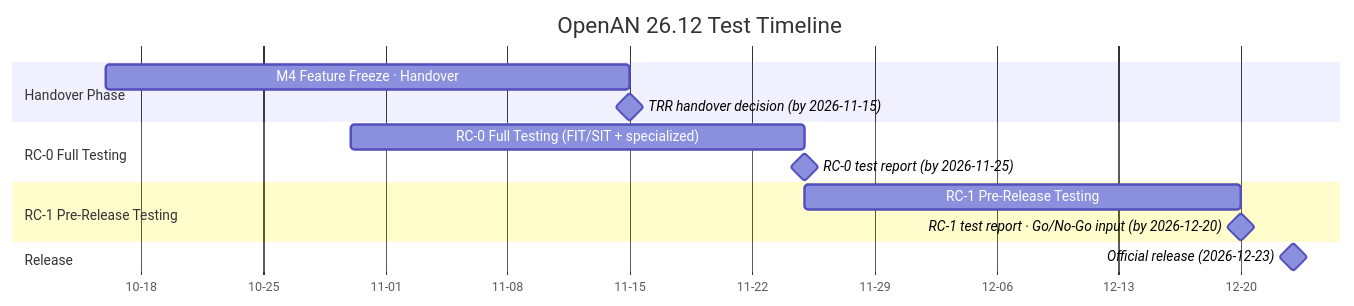
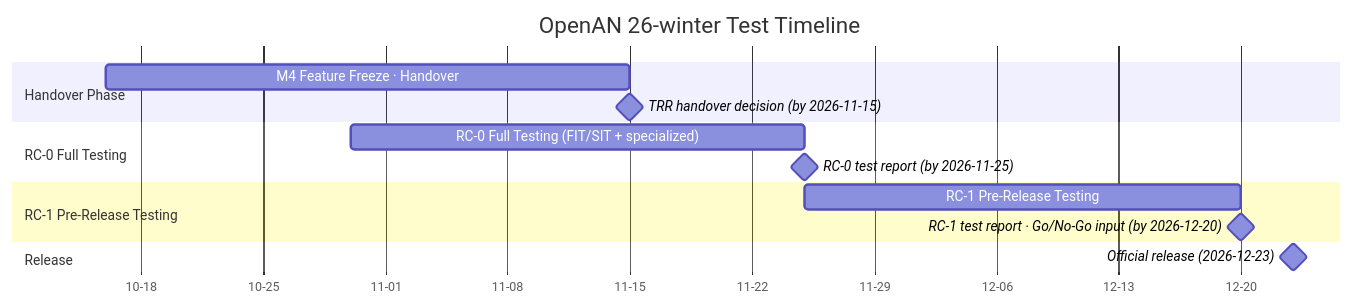
Before and after one commit to XunliYang/e2e-test: the second of 2 diagrams in docs/openan-integration-testing-wg-homepage.md, drawn with Mermaid. The commit also changed other lines of this file and 1 other file, not shown here.

Commit message:
docs: modify 26.12 release to 26-winter release version

````diff
--- a/docs/openan-integration-testing-wg-homepage.md
+++ b/docs/openan-integration-testing-wg-homepage.md
@@ -113,22 +113,22 @@
 ```mermaid
 gantt
-    title OpenAN 26.12 Test Timeline
+    title OpenAN 26-winter Test Timeline
     dateFormat YYYY-MM-DD
     axisFormat %m-%d
     todayMarker off
 
     section Handover Phase
     M4 Feature Freeze · Handover    :m4, 2026-10-16, 30d
     TRR handover decision (by 2026-11-15)                              :milestone, m4_trr, 2026-11-15, 0d
 
     section RC-0 Full Testing
     RC-0 Full Testing (FIT/SIT + specialized)   :r0, 2026-10-30, 26d
     RC-0 test report (by 2026-11-25)                                 :milestone, r0_report, 2026-11-25, 0d
 
     section RC-1 Pre-Release Testing
     RC-1 Pre-Release Testing      :r1, 2026-11-25, 25d
     RC-1 test report · Go/No-Go input (by 2026-12-20)                 :milestone, r1_report, 2026-12-20, 0d
 
     section Release
     Official release (2026-12-23)                                      :milestone, release, 2026-12-23, 0d
 ```
````
